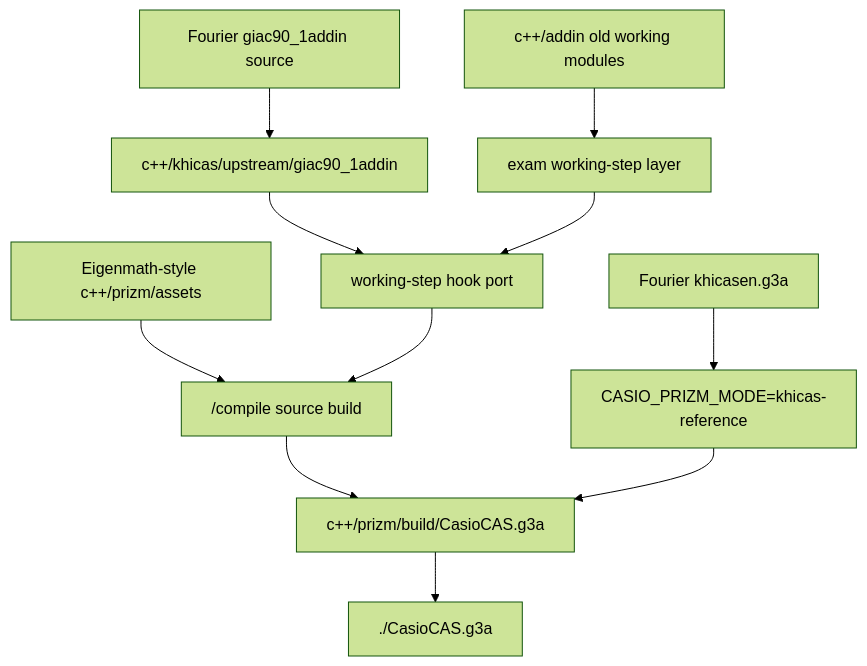
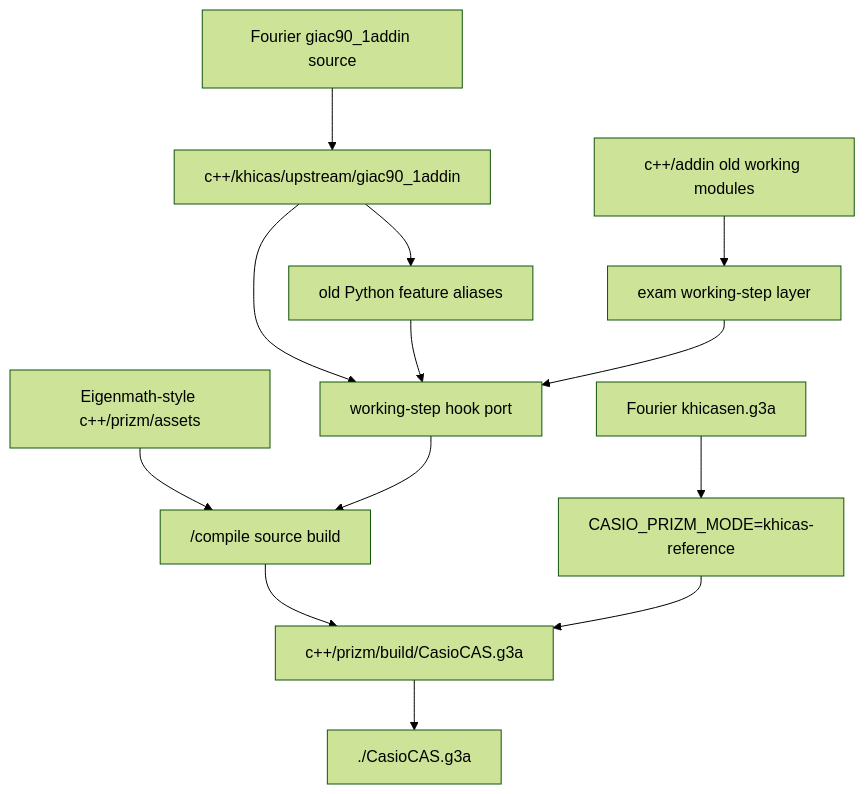
One commit to james8464/notes-addin-casio-fx-cg50 changed the first of 7 diagrams in c++/GRAPH.md. Above: the diagram before and after it, drawn with Mermaid (forest theme). The commit also changed other lines of this file and 7 other files, not shown here.

Commit message:
Expose old Python features in KhiCAS shell

````diff
--- a/c++/GRAPH.md
+++ b/c++/GRAPH.md
@@ -3,13 +3,15 @@
 ```mermaid
 graph TD
   Up["Fourier giac90_1addin source"] --> Exact["c++/khicas/upstream/giac90_1addin"]
   Ref["Fourier khicasen.g3a"] --> RefMode["CASIO_PRIZM_MODE=khicas-reference"]
   Icons["Eigenmath-style c++/prizm/assets"] --> Build
   Exact --> Port["working-step hook port"]
+  Exact --> Alias["old Python feature aliases"]
+  Alias --> Port
   Active["c++/addin old working modules"] --> WorkSteps["exam working-step layer"]
   WorkSteps --> Port
   Port --> Build["/compile source build"]
   Build --> G3A["c++/prizm/build/CasioCAS.g3a"]
   G3A --> Root["./CasioCAS.g3a"]
   RefMode --> G3A
 ```
````
